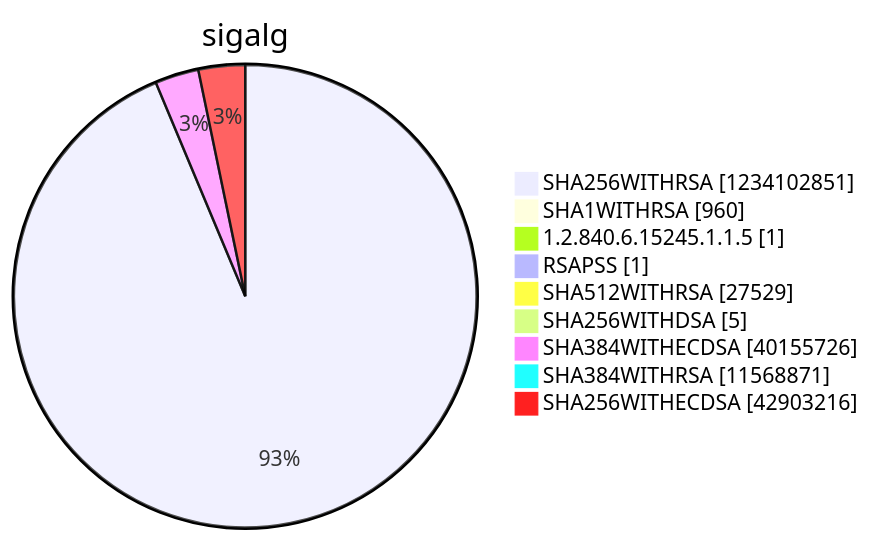
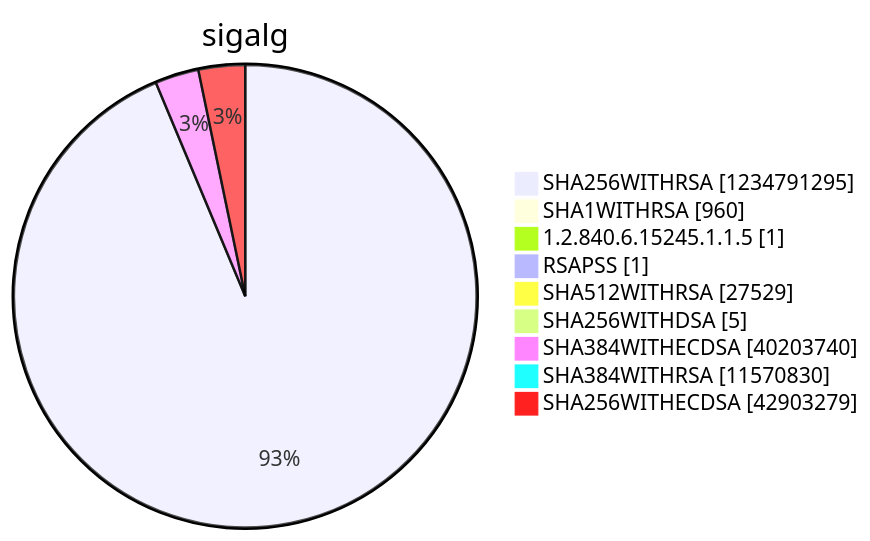
One commit to christiankrug/ctmonitor_visualization changed diagram 15 of 15 in argon2022/README.md. Above: the diagram before and after it, drawn with Mermaid. The commit also changed other lines of this file, not shown here.

````diff
--- a/argon2022/README.md
+++ b/argon2022/README.md
@@ -5522,13 +5522,13 @@
 ```mermaid
 pie showData
 title sigalg
-"SHA256WITHRSA" :1234102851
+"SHA256WITHRSA" :1234791295
 "SHA1WITHRSA" :960
 "1.2.840.6.15245.1.1.5" :1
 "RSAPSS" :1
 "SHA512WITHRSA" :27529
 "SHA256WITHDSA" :5
-"SHA384WITHECDSA" :40155726
-"SHA384WITHRSA" :11568871
-"SHA256WITHECDSA" :42903216
+"SHA384WITHECDSA" :40203740
+"SHA384WITHRSA" :11570830
+"SHA256WITHECDSA" :42903279
 ```
````
